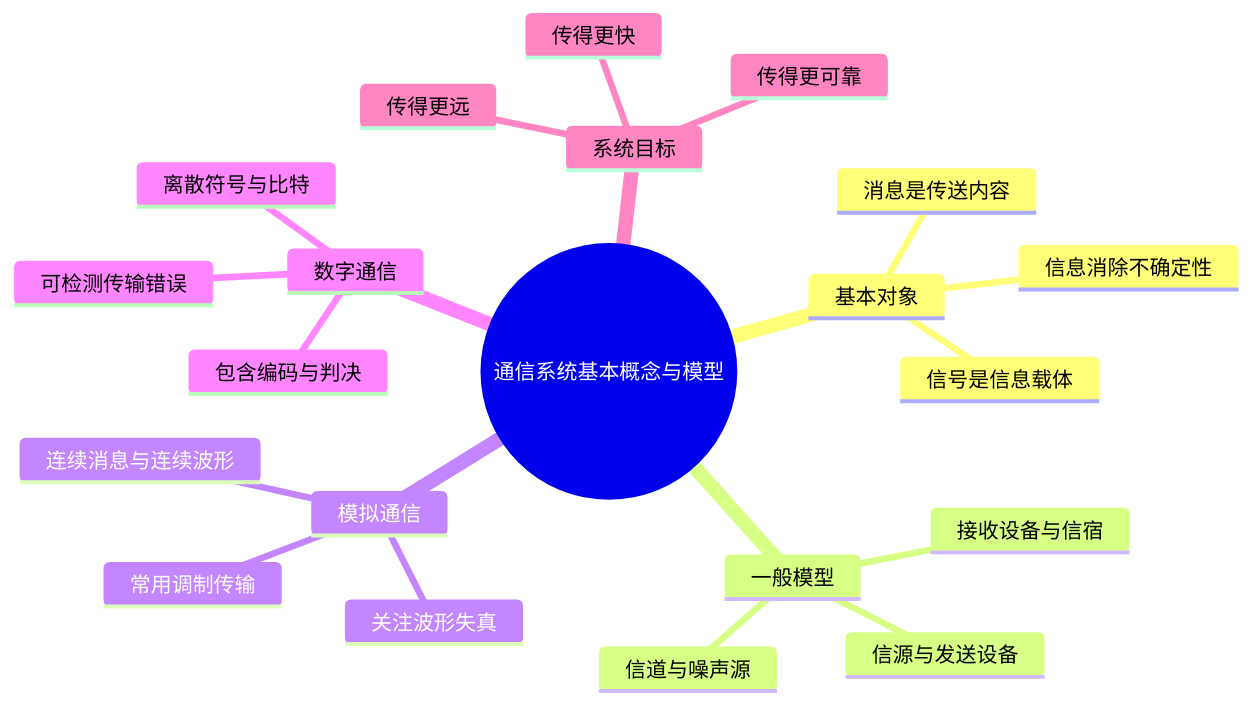
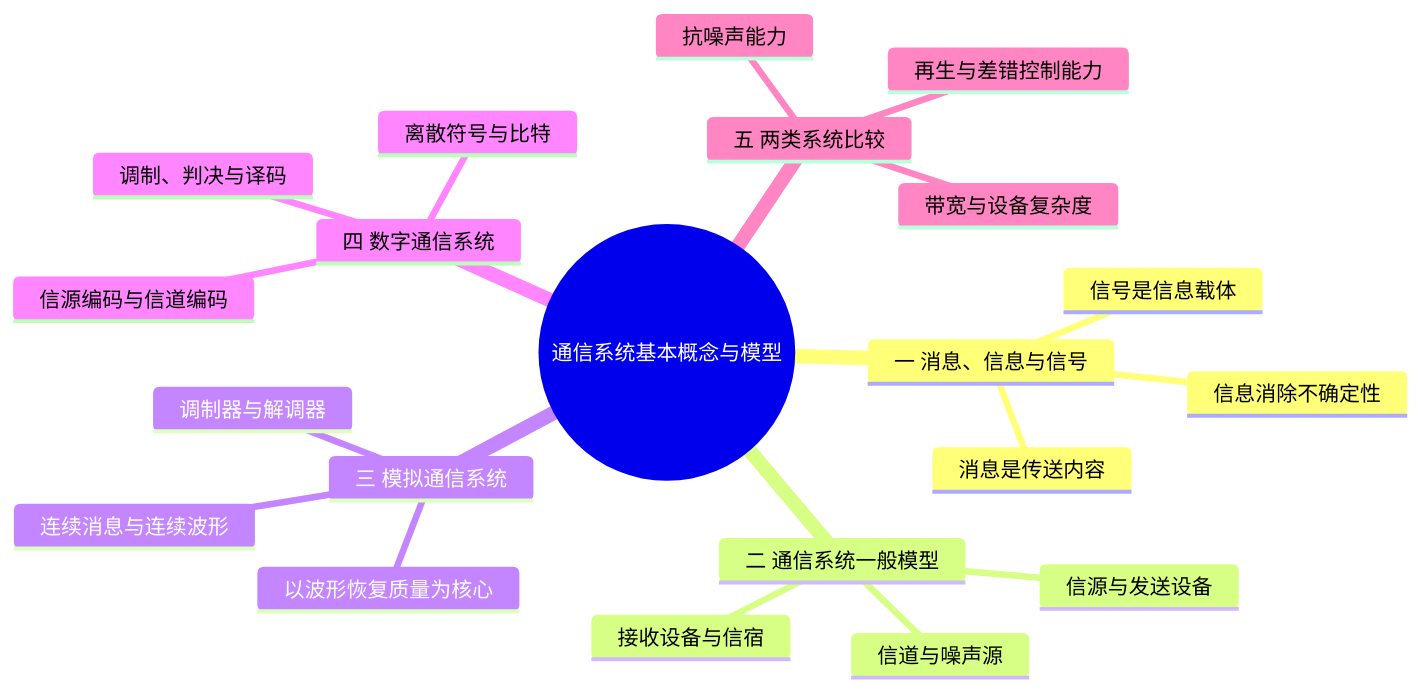
One commit to 3280441136-lab/My_Obsidian_Notes changed the diagram in 学习/学校课程/通信原理（3学分）/01 第1课 通信系统的基本概念与模型.md. Above: the diagram before and after it, drawn with Mermaid. The commit also changed 11 other files, not shown here.

````diff
--- a/学习/学校课程/通信原理（3学分）/01 第1课 通信系统的基本概念与模型.md
+++ b/学习/学校课程/通信原理（3学分）/01 第1课 通信系统的基本概念与模型.md
@@ -5,24 +5,24 @@
 ```mermaid
 mindmap
   root((通信系统基本概念与模型))
-    基本对象
+    一 消息、信息与信号
       消息是传送内容
       信息消除不确定性
       信号是信息载体
-    一般模型
+    二 通信系统一般模型
       信源与发送设备
       信道与噪声源
       接收设备与信宿
-    模拟通信
+    三 模拟通信系统
       连续消息与连续波形
-      关注波形失真
-      常用调制传输
-    数字通信
+      调制器与解调器
+      以波形恢复质量为核心
+    四 数字通信系统
       离散符号与比特
-      包含编码与判决
-      可检测传输错误
-    系统目标
-      传得更远
-      传得更快
-      传得更可靠
+      信源编码与信道编码
+      调制、判决与译码
+    五 两类系统比较
+      抗噪声能力
+      带宽与设备复杂度
+      再生与差错控制能力
 ```
````
